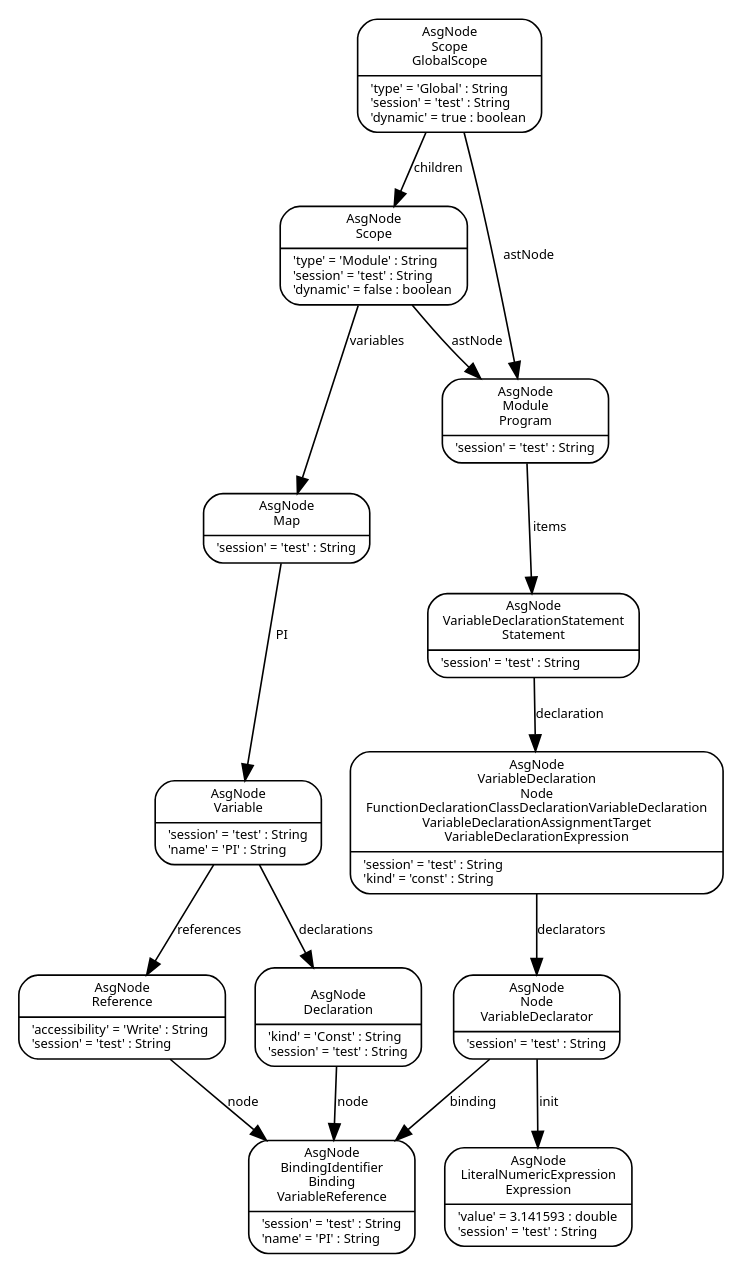
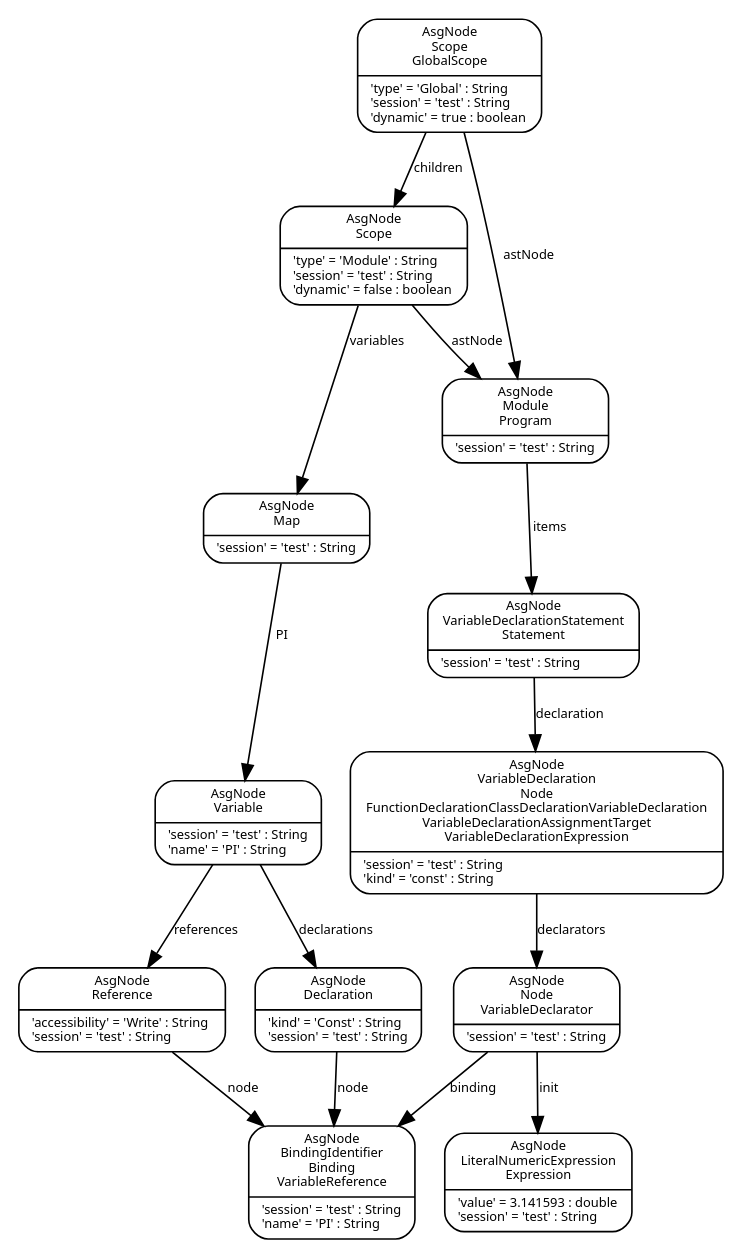
Before and after one commit to luczsoma/bsc-thesis: the diagram in src/figures/codemodel-rifle-asg.dot, drawn with Graphviz. The commit also changed 2 other files, not shown here.

```diff
--- a/src/figures/codemodel-rifle-asg.dot
+++ b/src/figures/codemodel-rifle-asg.dot
@@ -1,89 +1,89 @@
 digraph Neo {
   node [
     fontsize = "8"
     shape = "Mrecord"
     fontname = "Noto Sans"
   ]
   edge [
     fontname = "Noto Sans"
     fontsize = "8"
   ]
   N5 [
     label = "{AsgNode\nBindingIdentifier\nBinding\nVariableReference|'session' = 'test' : String\l'name' = 'PI' : String\l}"
   ]
   N12 [
     label = "{AsgNode\nVariableDeclaration\nNode\nFunctionDeclarationClassDeclarationVariableDeclaration\nVariableDeclarationAssignmentTarget\n VariableDeclarationExpression|'session' = 'test' : String\l'kind' = 'const' : String\l}"
   ]
   N12 -> N27 [
     label = "declarators\n"
   ]
   N13 [
     label = "{AsgNode\nScope|'type' = 'Module' : String\l'session' = 'test' : String\l'dynamic' = false : boolean\l}"
   ]
   N13 -> N14 [
     label = "variables\n"
   ]
   N13 -> N39 [
     label = "astNode\n"
   ]
   N14 [
     label = "{AsgNode\nMap|'session' = 'test' : String\l}"
   ]
   N14 -> N31 [
     label = "PI\n"
   ]
   N19 [
     label = "{AsgNode\nScope\nGlobalScope|'type' = 'Global' : String\l'session' = 'test' : String\l'dynamic' = true : boolean\l}"
   ]
   N19 -> N39 [
     label = "astNode\n"
   ]
   N19 -> N13 [
     label = "children\n"
   ]
   N20 [
     label = "{AsgNode\nReference|'accessibility' = 'Write' : String\l'session' = 'test' : String\l}"
   ]
   N20 -> N5 [
     label = "node\n"
   ]
   N21 [
     label = "{AsgNode\nVariableDeclarationStatement\nStatement|'session' = 'test' : String\l}"
   ]
   N21 -> N12 [
     label = "declaration\n"
   ]
   N27 [
     label = "{AsgNode\nNode\nVariableDeclarator|'session' = 'test' : String\l}"
   ]
   N27 -> N36 [
     label = "init\n"
   ]
   N27 -> N5 [
     label = "binding\n"
   ]
   N31 [
     label = "{AsgNode\nVariable|'session' = 'test' : String\l'name' = 'PI' : String\l}"
   ]
   N31 -> N20 [
     label = "references\n"
   ]
   N31 -> N37 [
     label = "declarations\n"
   ]
   N36 [
     label = "{AsgNode\nLiteralNumericExpression\nExpression|'value' = 3.141593 : double\l'session' = 'test' : String\l}"
   ]
   N37 [
-    label = "{\nAsgNode\nDeclaration|'kind' = 'Const' : String\l'session' = 'test' : String\l}"
+    label = "{AsgNode\nDeclaration|'kind' = 'Const' : String\l'session' = 'test' : String\l}"
   ]
   N37 -> N5 [
     label = "node\n"
   ]
   N39 [
     label = "{AsgNode\nModule\nProgram|'session' = 'test' : String\l}"
   ]
   N39 -> N21 [
     label = "items\n"
   ]
 }
```
